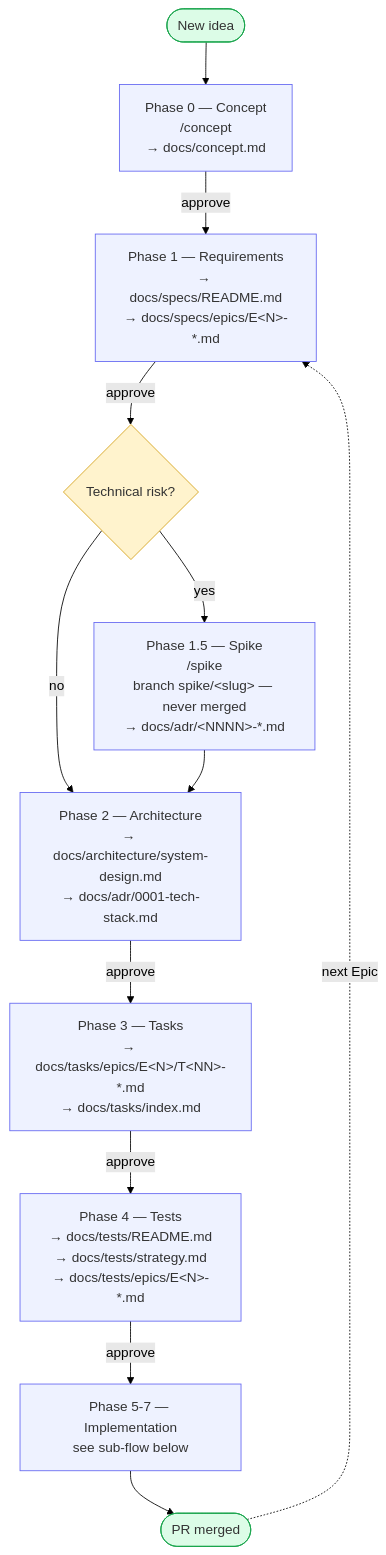
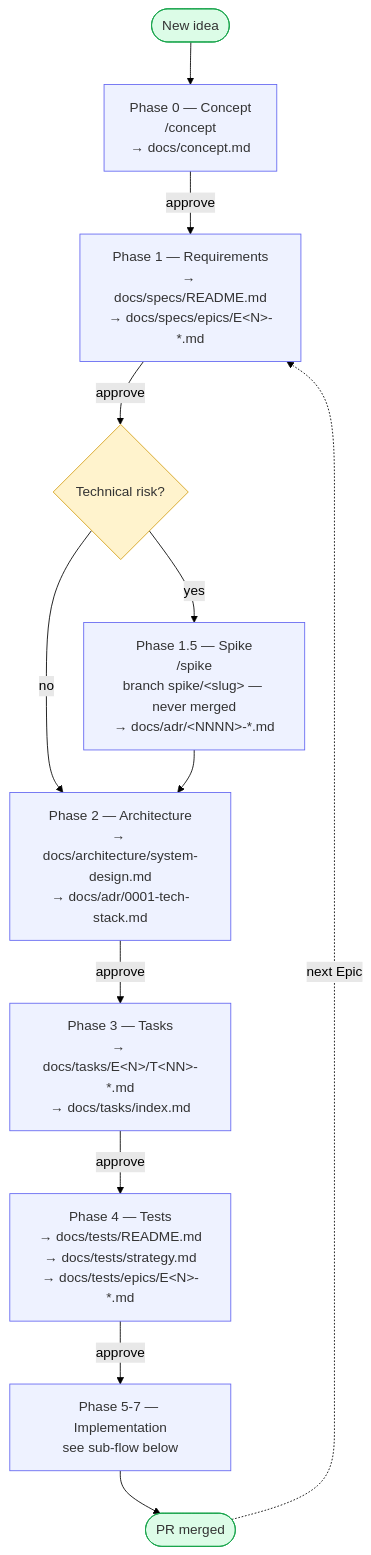
One commit to mthoatgit/project-template changed the first of 2 diagrams in docs/workflow-overview.md. Above: the diagram before and after it, drawn with Mermaid (forest theme). The commit also changed other lines of this file, not shown here.

Commit message:
docs: sync workflow diagram

````diff
--- a/docs/workflow-overview.md
+++ b/docs/workflow-overview.md
@@ -11,27 +11,27 @@
 ```mermaid
 flowchart TD
     Idea(["New idea"]) --> Concept
     Concept["Phase 0 — Concept<br/>/concept<br/>→ docs/concept.md"]
     Concept -->|approve| Requirements
     Requirements["Phase 1 — Requirements<br/>→ docs/specs/README.md<br/>→ docs/specs/epics/E&lt;N&gt;-*.md"]
     Requirements -->|approve| RiskCheck{"Technical risk?"}
     RiskCheck -->|yes| Spike["Phase 1.5 — Spike<br/>/spike<br/>branch spike/&lt;slug&gt; — never merged<br/>→ docs/adr/&lt;NNNN&gt;-*.md"]
     RiskCheck -->|no| Architecture
     Spike --> Architecture
     Architecture["Phase 2 — Architecture<br/>→ docs/architecture/system-design.md<br/>→ docs/adr/0001-tech-stack.md"]
     Architecture -->|approve| Tasks
-    Tasks["Phase 3 — Tasks<br/>→ docs/tasks/epics/E&lt;N&gt;/T&lt;NN&gt;-*.md<br/>→ docs/tasks/index.md"]
+    Tasks["Phase 3 — Tasks<br/>→ docs/tasks/E&lt;N&gt;/T&lt;NN&gt;-*.md<br/>→ docs/tasks/index.md"]
     Tasks -->|approve| Tests
     Tests["Phase 4 — Tests<br/>→ docs/tests/README.md<br/>→ docs/tests/strategy.md<br/>→ docs/tests/epics/E&lt;N&gt;-*.md"]
     Tests -->|approve| Implementation
     Implementation["Phase 5-7 — Implementation<br/>see sub-flow below"]
     Implementation --> Merged(["PR merged"])
     Merged -.->|next Epic| Requirements
 
     classDef gate fill:#fff3cd,stroke:#d4a017,color:#333;
     classDef doc fill:#eef2ff,stroke:#6366f1,color:#333;
     classDef terminal fill:#dcfce7,stroke:#16a34a,color:#333;
     class RiskCheck gate;
     class Concept,Requirements,Spike,Architecture,Tasks,Tests,Implementation doc;
     class Idea,Merged terminal;
 ```
````
